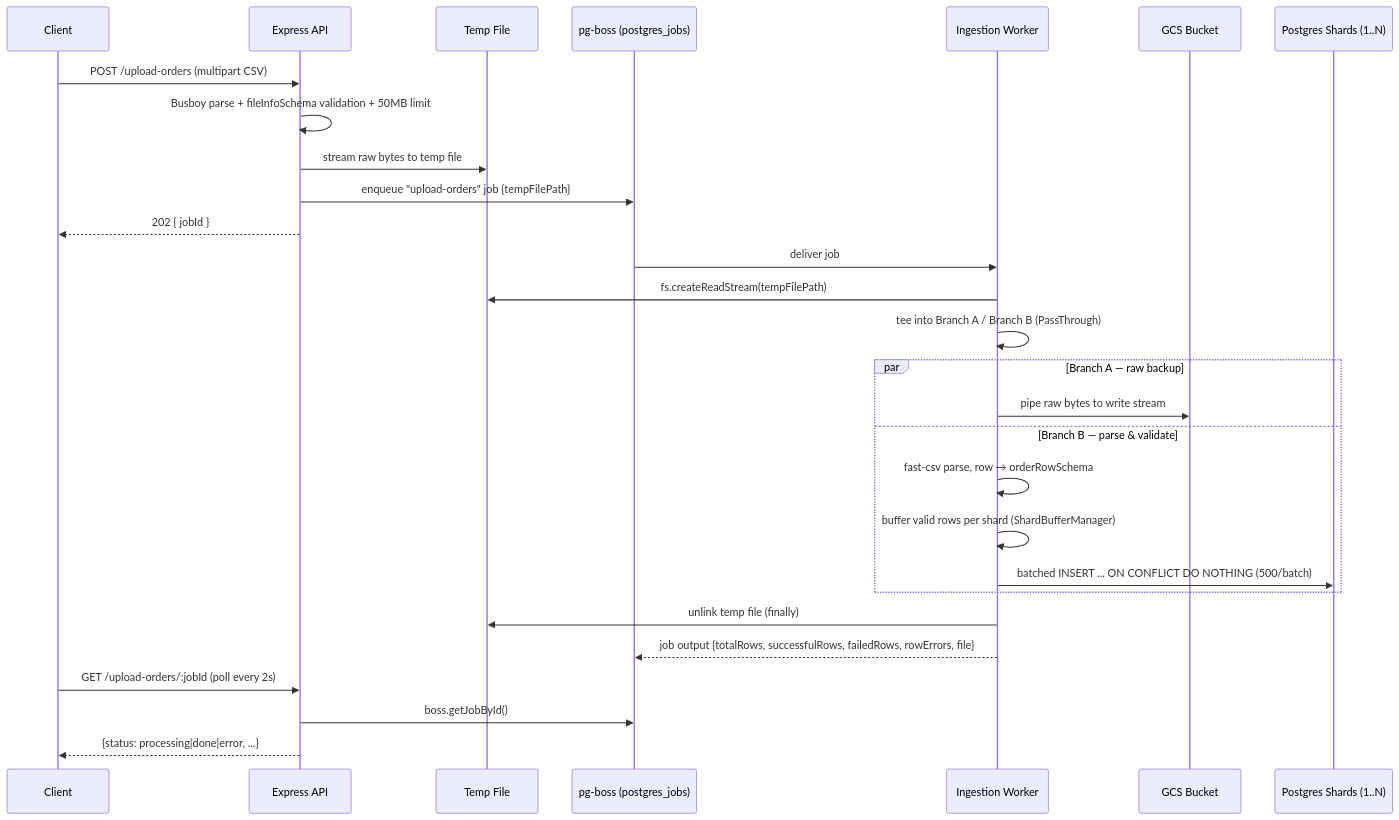
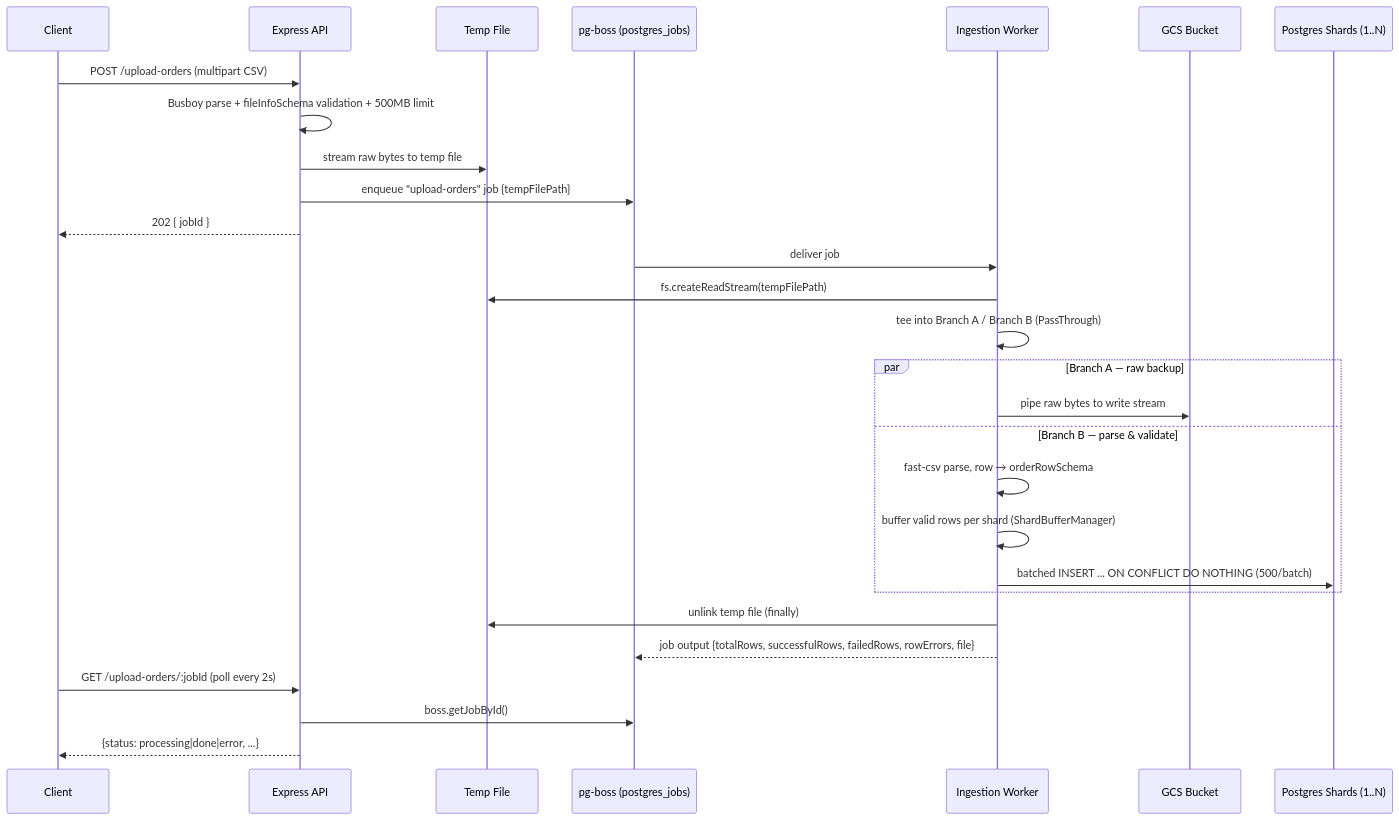
One commit to Chavda-Mitul/csv-parser changed the first of 2 diagrams in ARCHITECTURE.md. Above: the diagram before and after it, drawn with Mermaid. The commit also changed other lines of this file and 3 other files, not shown here.

````diff
--- a/ARCHITECTURE.md
+++ b/ARCHITECTURE.md
@@ -30,35 +30,35 @@
 ```mermaid
 sequenceDiagram
     participant Client
     participant API as Express API
     participant Disk as Temp File
     participant Queue as pg-boss (postgres_jobs)
     participant Worker as Ingestion Worker
     participant GCS as GCS Bucket
     participant Shards as Postgres Shards (1..N)
 
     Client->>API: POST /upload-orders (multipart CSV)
-    API->>API: Busboy parse + fileInfoSchema validation + 50MB limit
+    API->>API: Busboy parse + fileInfoSchema validation + 500MB limit
     API->>Disk: stream raw bytes to temp file
     API->>Queue: enqueue "upload-orders" job {tempFilePath}
     API-->>Client: 202 { jobId }
 
     Queue->>Worker: deliver job
     Worker->>Disk: fs.createReadStream(tempFilePath)
     Worker->>Worker: tee into Branch A / Branch B (PassThrough)
 
     par Branch A — raw backup
         Worker->>GCS: pipe raw bytes to write stream
     and Branch B — parse & validate
         Worker->>Worker: fast-csv parse, row → orderRowSchema
         Worker->>Worker: buffer valid rows per shard (ShardBufferManager)
         Worker->>Shards: batched INSERT ... ON CONFLICT DO NOTHING (500/batch)
     end
 
     Worker->>Disk: unlink temp file (finally)
     Worker-->>Queue: job output {totalRows, successfulRows, failedRows, rowErrors, file}
 
     Client->>API: GET /upload-orders/:jobId (poll every 2s)
     API->>Queue: boss.getJobById()
     API-->>Client: {status: processing|done|error, ...}
 ```
````
